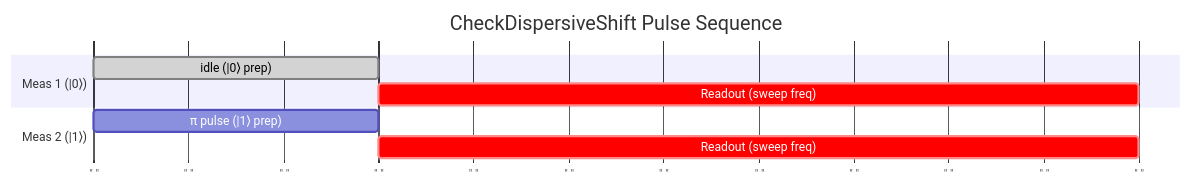
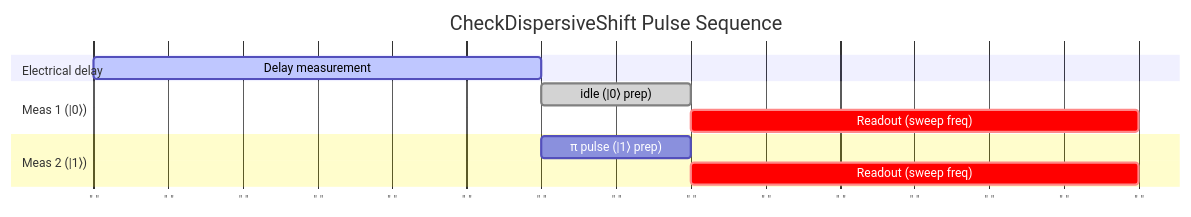
One commit to oqtopus-team/qdash changed the diagram in docs/task-knowledge/one-qubit-calibration/CheckDispersiveShift/index.md. Above: the diagram before and after it, drawn with Mermaid. The commit also changed 4 other files, not shown here.

Commit message:
feat(docs): update pulse sequence diagrams for gate calibration tasks

````diff
--- a/docs/task-knowledge/one-qubit-calibration/CheckDispersiveShift/index.md
+++ b/docs/task-knowledge/one-qubit-calibration/CheckDispersiveShift/index.md
@@ -13,14 +13,17 @@
 ```mermaid
 gantt
     title CheckDispersiveShift Pulse Sequence
     dateFormat x
     axisFormat " "
 
+    section Electrical delay
+    Delay measurement       :active, p1, 0, 60ms
+
     section Meas 1 (|0⟩)
-    idle (|0⟩ prep)         :done, a1, 0, 30ms
-    Readout (sweep freq)    :crit, a2, after a1, 80ms
+    idle (|0⟩ prep)         :done, a1, after p1, 20ms
+    Readout (sweep freq)    :crit, a2, after a1, 60ms
 
     section Meas 2 (|1⟩)
-    π pulse (|1⟩ prep)      :b1, 0, 30ms
-    Readout (sweep freq)    :crit, b2, after b1, 80ms
+    π pulse (|1⟩ prep)      :b1, after p1, 20ms
+    Readout (sweep freq)    :crit, b2, after b1, 60ms
 ```
````
